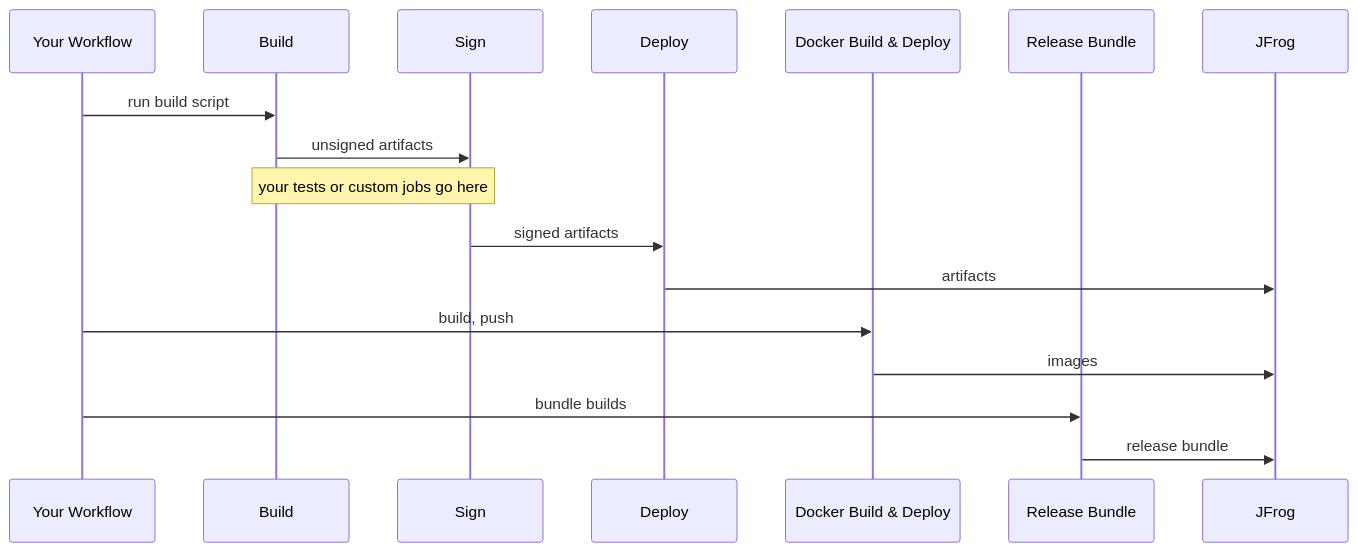
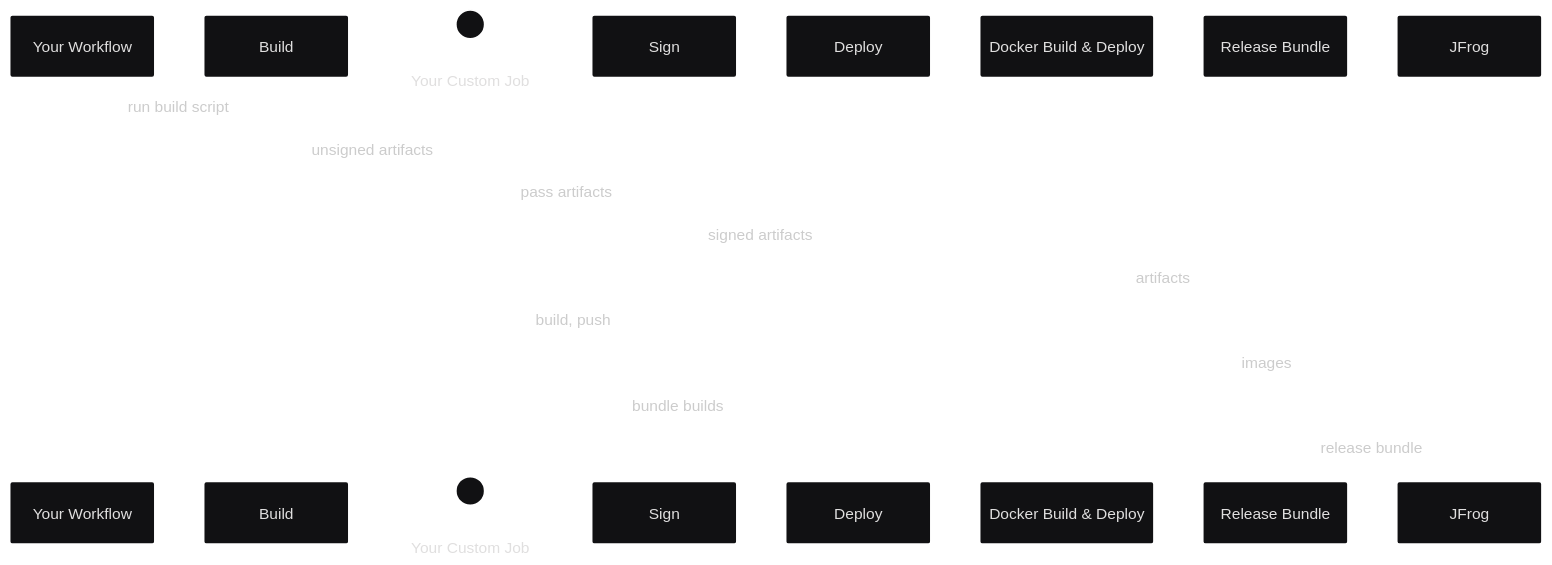
The diagram in .github/workflows/docs/CICD-composable.md (aerospike/shared-workflows), drawn with Mermaid before and after one commit. The commit also changed 3 other files, not shown here.

````diff
--- a/.github/workflows/docs/CICD-composable.md
+++ b/.github/workflows/docs/CICD-composable.md
@@ -31,19 +31,24 @@
 ```mermaid
+---
+config:
+  theme: redux-dark
+---
 sequenceDiagram
     participant YW as Your Workflow
     participant EB as Build
+    actor YJ as Your Custom Job
     participant SA as Sign
     participant DA as Deploy
     participant DBD as Docker Build & Deploy
     participant RB as Release Bundle
     participant JF as JFrog
     YW->>EB: run build script
-    EB->>SA: unsigned artifacts
-    Note over EB,SA: your tests or custom jobs go here
+    EB->>YJ: unsigned artifacts
+    YJ->>SA: pass artifacts
     SA->>DA: signed artifacts
     DA->>JF: artifacts
     YW->>DBD: build, push
     DBD->>JF: images
     YW->>RB: bundle builds
     RB->>JF: release bundle
 ```
````
